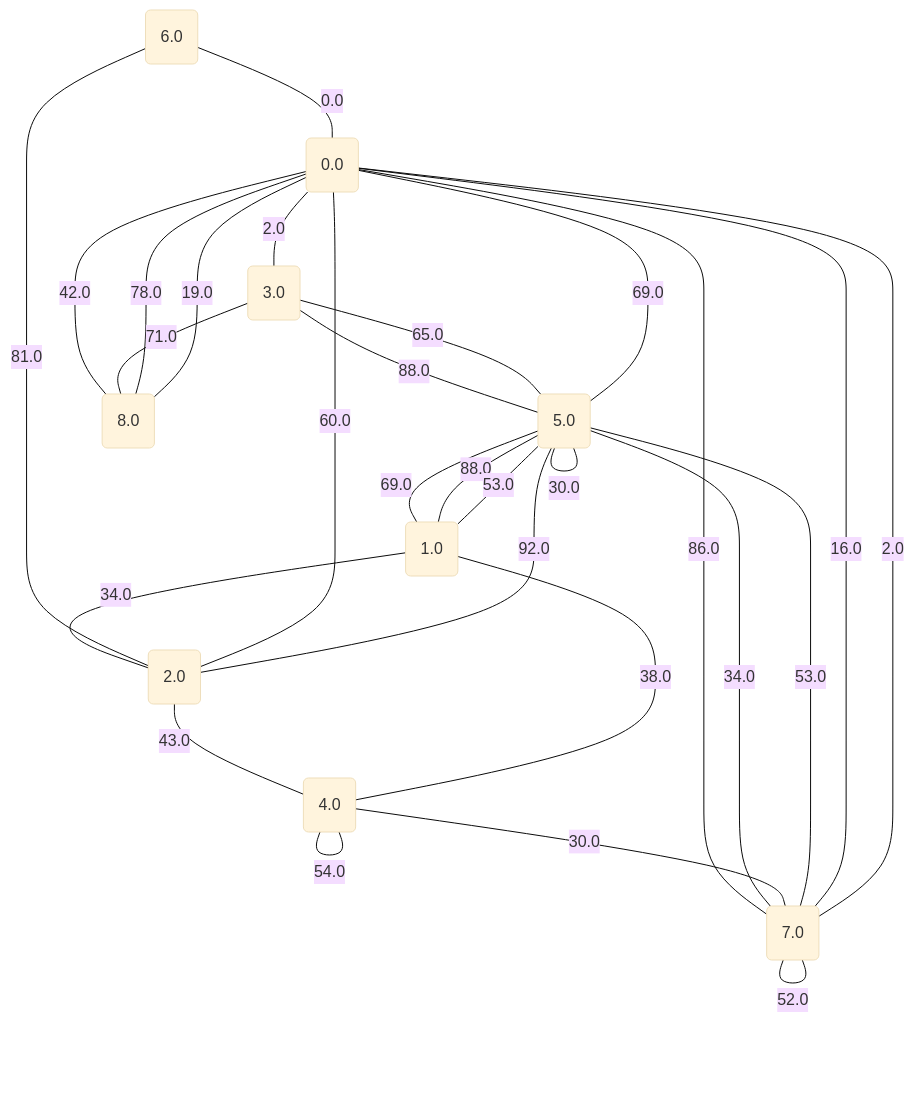
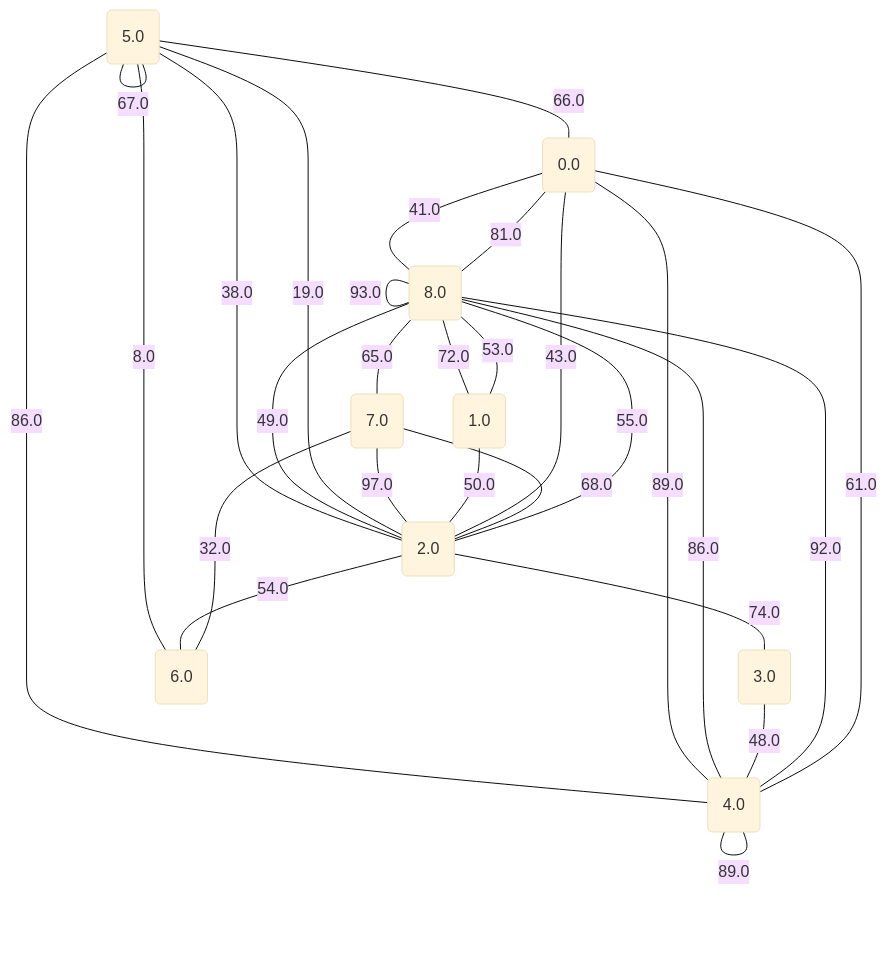
Before and after one commit to metury/graphs: the diagram in project/src/testing/graphs/4.md, drawn with Mermaid (base theme). The commit also changed 33 other files, not shown here.

````diff
--- a/project/src/testing/graphs/4.md
+++ b/project/src/testing/graphs/4.md
@@ -1,39 +1,39 @@
 ```mermaid
 graph TD;
 	0("0.0");
 	1("1.0");
 	2("2.0");
 	3("3.0");
 	4("4.0");
 	5("5.0");
 	6("6.0");
 	7("7.0");
 	8("8.0");
-	0 -- "86.0" --- 7;
-	5 -- "30.0" --- 5;
-	5 -- "34.0" --- 7;
-	0 -- "2.0" --- 3;
-	1 -- "88.0" --- 5;
-	4 -- "30.0" --- 7;
-	6 -- "0.0" --- 0;
-	2 -- "43.0" --- 4;
-	7 -- "2.0" --- 0;
-	1 -- "34.0" --- 2;
-	4 -- "54.0" --- 4;
-	8 -- "78.0" --- 0;
-	5 -- "69.0" --- 1;
-	0 -- "42.0" --- 8;
-	5 -- "53.0" --- 7;
-	5 -- "65.0" --- 3;
-	1 -- "53.0" --- 5;
-	0 -- "16.0" --- 7;
-	8 -- "19.0" --- 0;
-	2 -- "60.0" --- 0;
-	5 -- "69.0" --- 0;
-	1 -- "38.0" --- 4;
-	6 -- "81.0" --- 2;
-	3 -- "88.0" --- 5;
-	7 -- "52.0" --- 7;
-	2 -- "92.0" --- 5;
-	3 -- "71.0" --- 8;
+	8 -- "65.0" --- 7;
+	5 -- "38.0" --- 2;
+	4 -- "92.0" --- 8;
+	8 -- "72.0" --- 1;
+	2 -- "68.0" --- 7;
+	8 -- "49.0" --- 2;
+	2 -- "74.0" --- 3;
+	8 -- "81.0" --- 0;
+	4 -- "89.0" --- 4;
+	5 -- "19.0" --- 2;
+	7 -- "97.0" --- 2;
+	5 -- "86.0" --- 4;
+	6 -- "32.0" --- 7;
+	8 -- "93.0" --- 8;
+	0 -- "41.0" --- 8;
+	5 -- "66.0" --- 0;
+	0 -- "89.0" --- 4;
+	1 -- "50.0" --- 2;
+	4 -- "61.0" --- 0;
+	5 -- "67.0" --- 5;
+	1 -- "53.0" --- 8;
+	2 -- "55.0" --- 8;
+	8 -- "86.0" --- 4;
+	3 -- "48.0" --- 4;
+	5 -- "8.0" --- 6;
+	2 -- "54.0" --- 6;
+	0 -- "43.0" --- 2;
 ```
````
